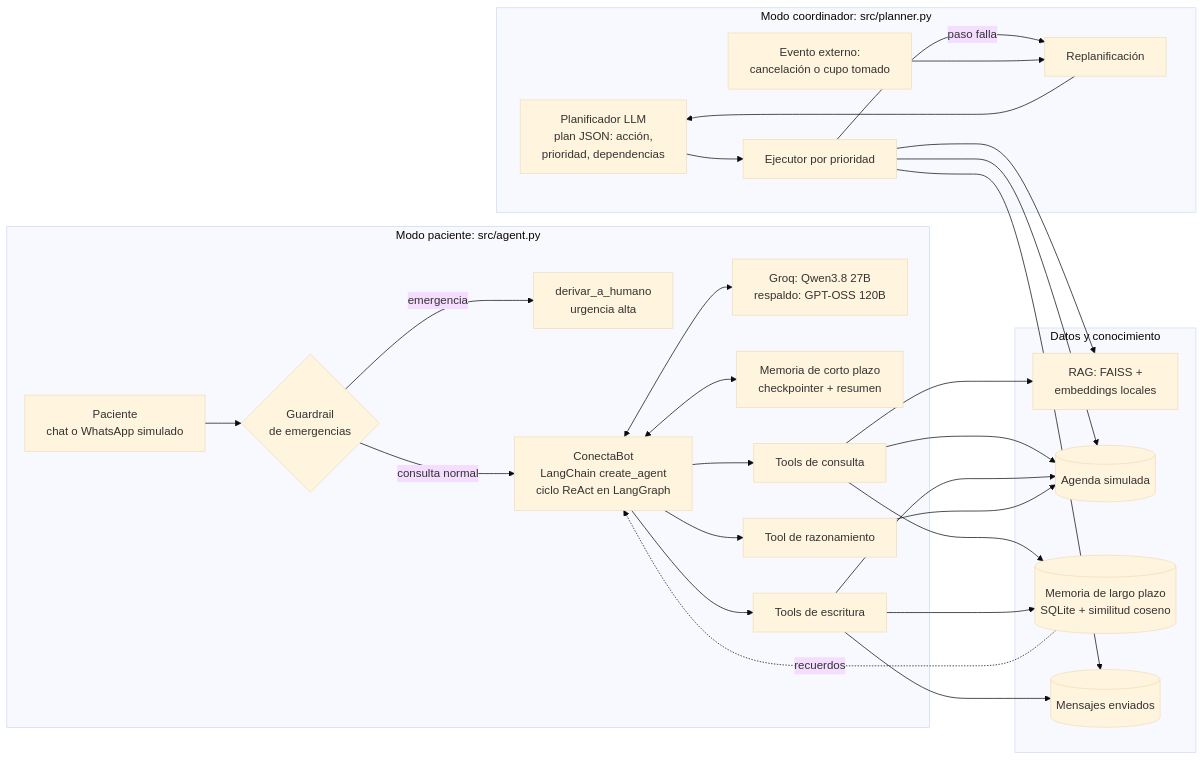
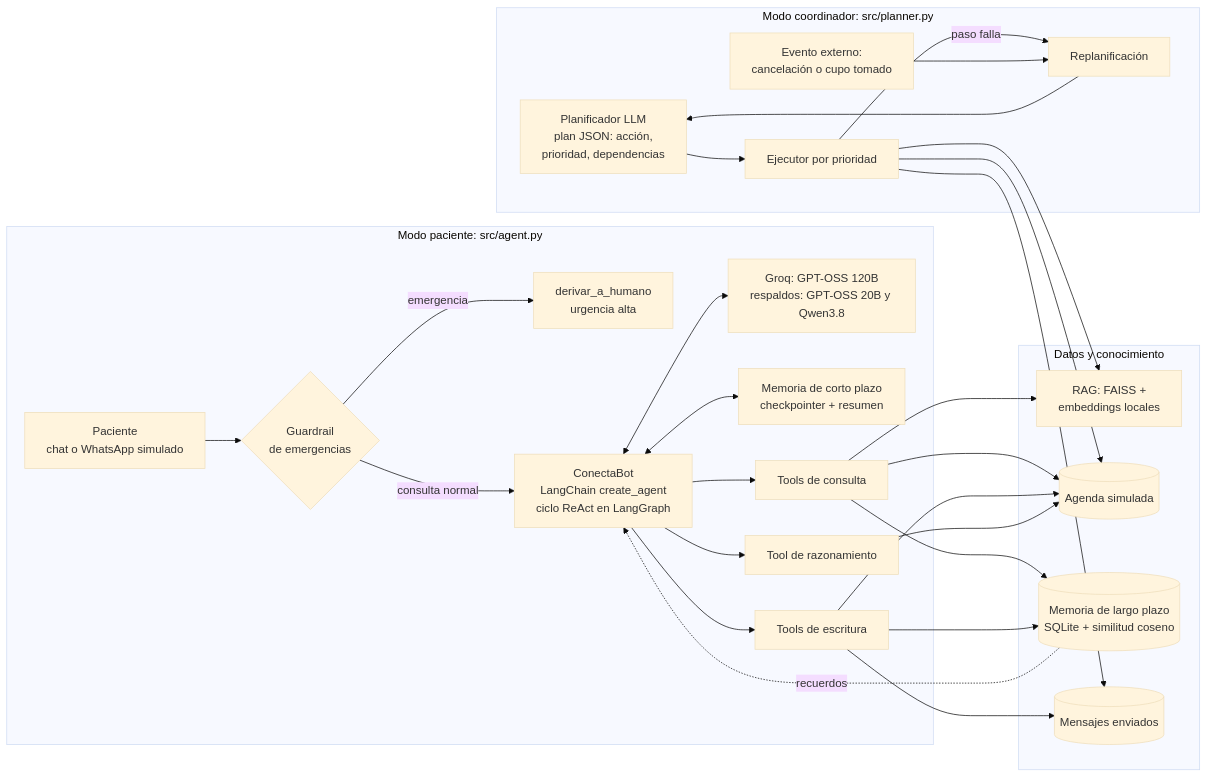
The diagram in README.md (BenjaminHeresmann/SaludConecta-IA), drawn with Mermaid (base theme) before and after one commit. The commit also changed other lines of this file and 4 other files, not shown here.

Commit message:
README y diagramas: cascada de modelos de Groq y latencia medida

````diff
--- a/README.md
+++ b/README.md
@@ -17,36 +17,36 @@
 ```mermaid
 flowchart LR
     subgraph PAC[Modo paciente: src/agent.py]
         U[Paciente<br/>chat o WhatsApp simulado] --> G{Guardrail<br/>de emergencias}
         G -- emergencia --> H[derivar_a_humano<br/>urgencia alta]
         G -- consulta normal --> A[ConectaBot<br/>LangChain create_agent<br/>ciclo ReAct en LangGraph]
-        A <--> LLM[Groq: Qwen3.8 27B<br/>respaldo: GPT-OSS 120B]
+        A <--> LLM[Groq: GPT-OSS 120B<br/>respaldos: GPT-OSS 20B y Qwen3.8]
         A <--> MC[Memoria de corto plazo<br/>checkpointer + resumen]
         A --> TC[Tools de consulta]
         A --> TE[Tools de escritura]
         A --> TR[Tool de razonamiento]
     end
     subgraph DAT[Datos y conocimiento]
         RAG[RAG: FAISS +<br/>embeddings locales]
         AG[(Agenda simulada)]
         ML[(Memoria de largo plazo<br/>SQLite + similitud coseno)]
         WA[(Mensajes enviados)]
     end
     subgraph COO[Modo coordinador: src/planner.py]
         PL[Planificador LLM<br/>plan JSON: acción,<br/>prioridad, dependencias] --> EJ[Ejecutor por prioridad]
         EJ -- paso falla --> RP[Replanificación]
         EV[Evento externo:<br/>cancelación o cupo tomado] --> RP
         RP --> PL
     end
     ML -. recuerdos .-> A
     TC --> RAG
     TC --> AG
     TC --> ML
     TE --> AG
     TE --> WA
     TE --> ML
     TR --> AG
     EJ --> AG
     EJ --> RAG
     EJ --> WA
 ```
````
